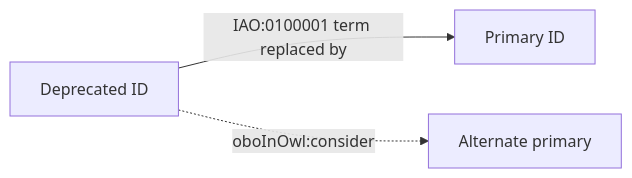
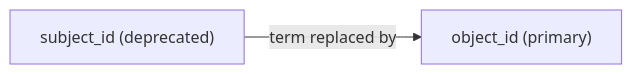
Before and after one commit to jmillanacosta/pysec2pri: the first of 4 diagrams in README.md, drawn with Mermaid. The commit also changed other lines of this file and 5 other files, not shown here.

````diff
--- a/README.md
+++ b/README.md
@@ -128,8 +134,6 @@
 ```mermaid
 flowchart LR
-    D[Deprecated ID]
-    P[Primary ID]
-    A[Alternate primary]
-    D -->|IAO:0100001 term replaced by| P
-    D -. oboInOwl:consider .-> A
+    D["subject_id (deprecated)"]
+    P["object_id (primary)"]
+    D -->|"term replaced by"| P
 ```
````
